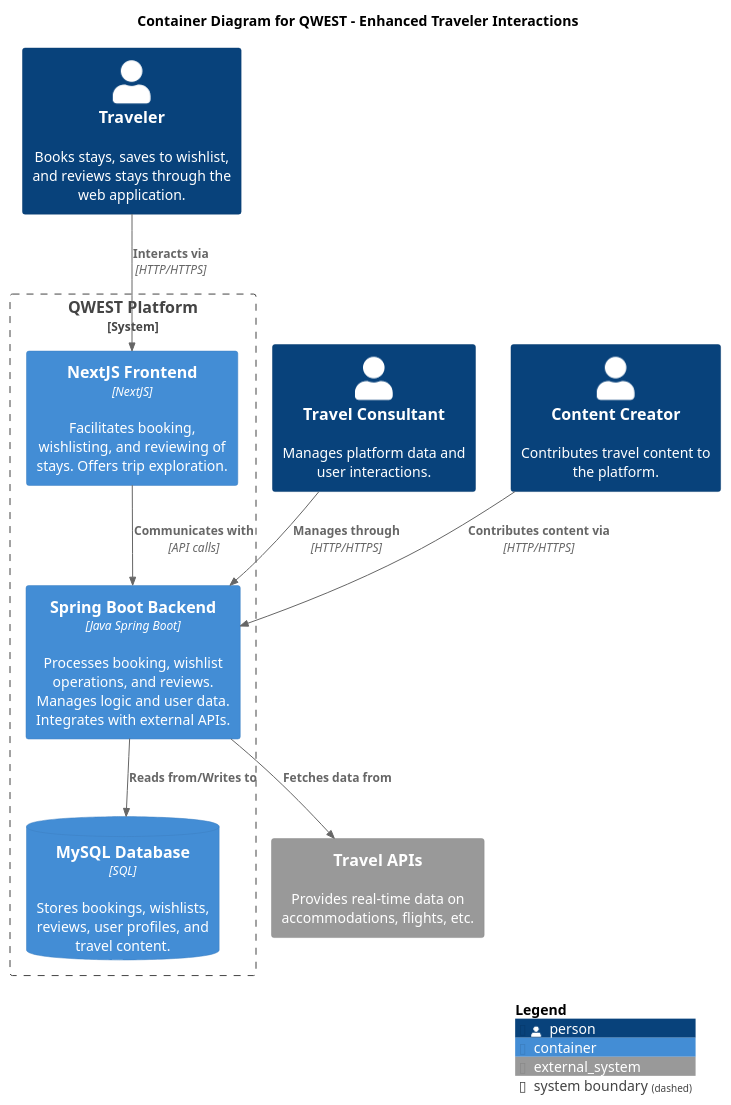
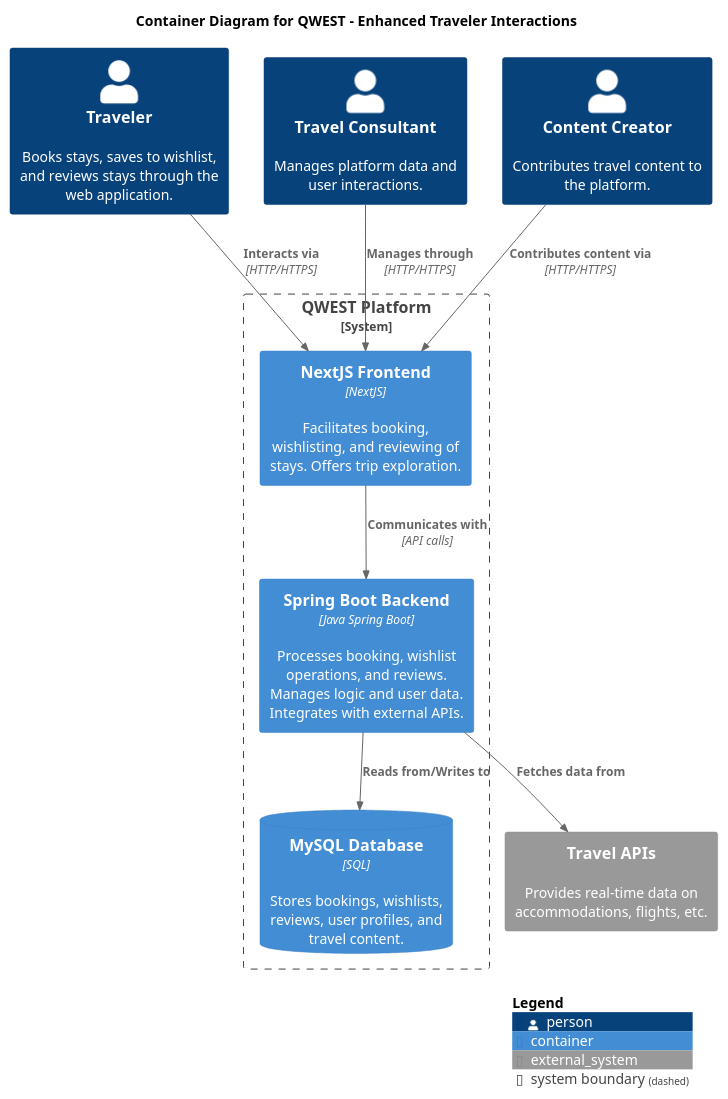
The diagram in Documentation/Diagrams/C2.puml (shev0k/qwest-be), drawn with PlantUML before and after one commit. The commit also changed 23 other files, not shown here.

```diff
--- a/Documentation/Diagrams/C2.puml
+++ b/Documentation/Diagrams/C2.puml
@@ -1,29 +1,29 @@
 @startuml
 !includeurl https://raw.githubusercontent.com/RicardoNiepel/C4-PlantUML/master/C4_Container.puml
 
 LAYOUT_WITH_LEGEND()
 
 title Container Diagram for QWEST - Enhanced Traveler Interactions
 
 Person(user, "Traveler", "Books stays, saves to wishlist, and reviews stays through the web application.")
 Person(travelConsultant, "Travel Consultant", "Manages platform data and user interactions.")
 Person(contentCreator, "Content Creator", "Contributes travel content to the platform.")
 
 System_Boundary(qwest, "QWEST Platform") {
     Container(webApp, "NextJS Frontend", "NextJS", "Facilitates booking, wishlisting, and reviewing of stays. Offers trip exploration.")
     Container(springApp, "Spring Boot Backend", "Java Spring Boot", "Processes booking, wishlist operations, and reviews. Manages logic and user data. Integrates with external APIs.")
     ContainerDb(database, "MySQL Database", "SQL", "Stores bookings, wishlists, reviews, user profiles, and travel content.")
 
     Rel(user, webApp, "Interacts via", "HTTP/HTTPS")
-    Rel(travelConsultant, springApp, "Manages through", "HTTP/HTTPS")
-    Rel(contentCreator, springApp, "Contributes content via", "HTTP/HTTPS")
+    Rel(travelConsultant, webApp, "Manages through", "HTTP/HTTPS")
+    Rel(contentCreator, webApp, "Contributes content via", "HTTP/HTTPS")
     Rel(webApp, springApp, "Communicates with", "API calls")
     Rel(springApp, database, "Reads from/Writes to")
 }
 
 System_Ext(travelAPIs, "Travel APIs", "Provides real-time data on accommodations, flights, etc.")
 Rel(springApp, travelAPIs, "Fetches data from")
 
 SHOW_LEGEND()
 
 @enduml
```
